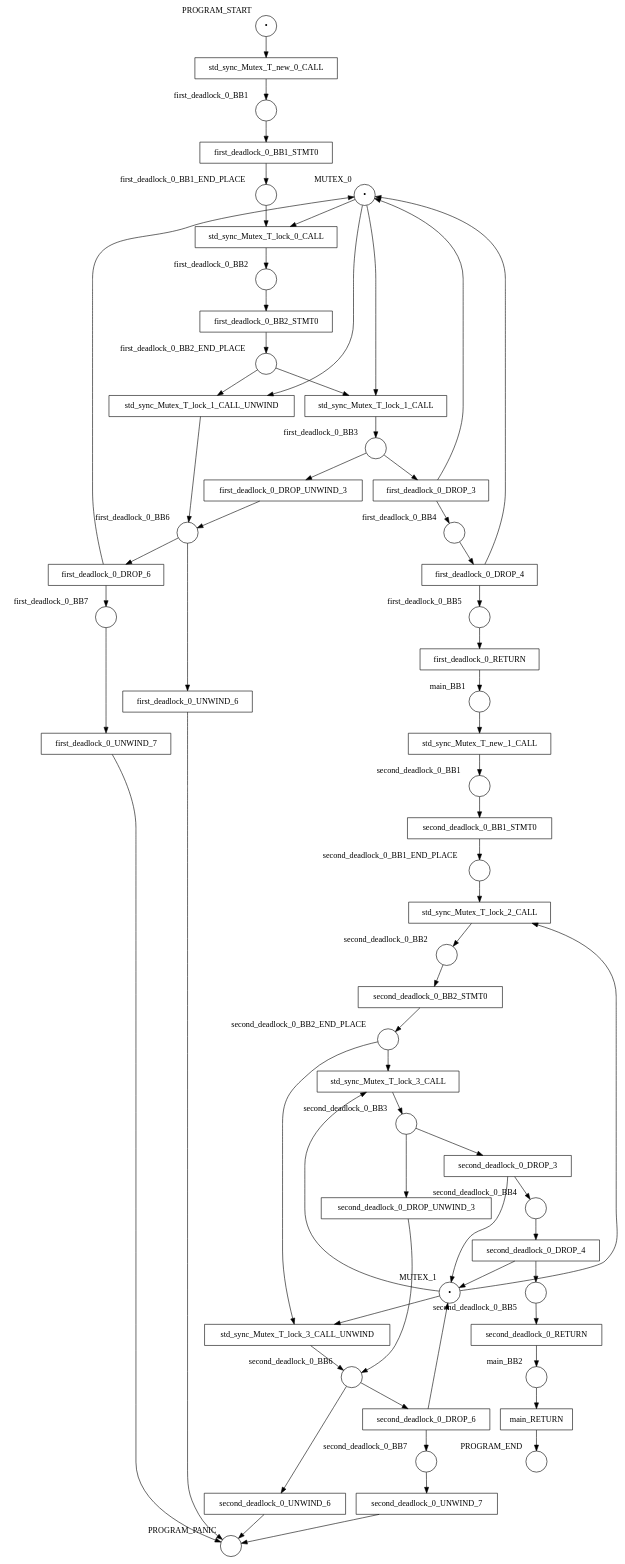
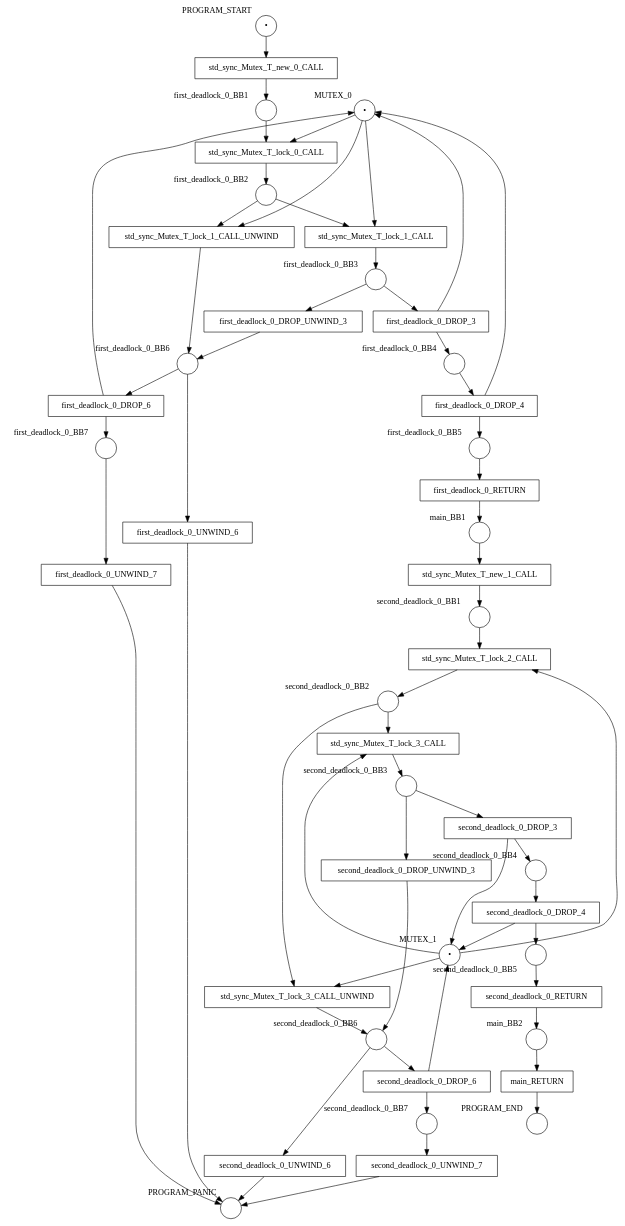
Before and after one commit to hlisdero/cargo-check-deadlock: the diagram in examples/results/mutex/double_lock_deadlock_in_function/net.dot, drawn with Graphviz. The commit also changed 57 other files, not shown here.

First line of the commit message:
Architectural change: Do not model MIR statements anymore.

```diff
--- a/examples/results/mutex/double_lock_deadlock_in_function/net.dot
+++ b/examples/results/mutex/double_lock_deadlock_in_function/net.dot
@@ -1,120 +1,104 @@
 digraph petrinet {
     MUTEX_0 [shape="circle" xlabel="MUTEX_0" label="•"];
     MUTEX_1 [shape="circle" xlabel="MUTEX_1" label="•"];
     PROGRAM_END [shape="circle" xlabel="PROGRAM_END" label=""];
     PROGRAM_PANIC [shape="circle" xlabel="PROGRAM_PANIC" label=""];
     PROGRAM_START [shape="circle" xlabel="PROGRAM_START" label="•"];
     first_deadlock_0_BB1 [shape="circle" xlabel="first_deadlock_0_BB1" label=""];
-    first_deadlock_0_BB1_END_PLACE [shape="circle" xlabel="first_deadlock_0_BB1_END_PLACE" label=""];
     first_deadlock_0_BB2 [shape="circle" xlabel="first_deadlock_0_BB2" label=""];
-    first_deadlock_0_BB2_END_PLACE [shape="circle" xlabel="first_deadlock_0_BB2_END_PLACE" label=""];
     first_deadlock_0_BB3 [shape="circle" xlabel="first_deadlock_0_BB3" label=""];
     first_deadlock_0_BB4 [shape="circle" xlabel="first_deadlock_0_BB4" label=""];
     first_deadlock_0_BB5 [shape="circle" xlabel="first_deadlock_0_BB5" label=""];
     first_deadlock_0_BB6 [shape="circle" xlabel="first_deadlock_0_BB6" label=""];
     first_deadlock_0_BB7 [shape="circle" xlabel="first_deadlock_0_BB7" label=""];
     main_BB1 [shape="circle" xlabel="main_BB1" label=""];
     main_BB2 [shape="circle" xlabel="main_BB2" label=""];
     second_deadlock_0_BB1 [shape="circle" xlabel="second_deadlock_0_BB1" label=""];
-    second_deadlock_0_BB1_END_PLACE [shape="circle" xlabel="second_deadlock_0_BB1_END_PLACE" label=""];
     second_deadlock_0_BB2 [shape="circle" xlabel="second_deadlock_0_BB2" label=""];
-    second_deadlock_0_BB2_END_PLACE [shape="circle" xlabel="second_deadlock_0_BB2_END_PLACE" label=""];
     second_deadlock_0_BB3 [shape="circle" xlabel="second_deadlock_0_BB3" label=""];
     second_deadlock_0_BB4 [shape="circle" xlabel="second_deadlock_0_BB4" label=""];
     second_deadlock_0_BB5 [shape="circle" xlabel="second_deadlock_0_BB5" label=""];
     second_deadlock_0_BB6 [shape="circle" xlabel="second_deadlock_0_BB6" label=""];
     second_deadlock_0_BB7 [shape="circle" xlabel="second_deadlock_0_BB7" label=""];
-    first_deadlock_0_BB1_STMT0 [shape="box" xlabel="" label="first_deadlock_0_BB1_STMT0"];
-    first_deadlock_0_BB2_STMT0 [shape="box" xlabel="" label="first_deadlock_0_BB2_STMT0"];
     first_deadlock_0_DROP_3 [shape="box" xlabel="" label="first_deadlock_0_DROP_3"];
     first_deadlock_0_DROP_4 [shape="box" xlabel="" label="first_deadlock_0_DROP_4"];
     first_deadlock_0_DROP_6 [shape="box" xlabel="" label="first_deadlock_0_DROP_6"];
     first_deadlock_0_DROP_UNWIND_3 [shape="box" xlabel="" label="first_deadlock_0_DROP_UNWIND_3"];
     first_deadlock_0_RETURN [shape="box" xlabel="" label="first_deadlock_0_RETURN"];
     first_deadlock_0_UNWIND_6 [shape="box" xlabel="" label="first_deadlock_0_UNWIND_6"];
     first_deadlock_0_UNWIND_7 [shape="box" xlabel="" label="first_deadlock_0_UNWIND_7"];
     main_RETURN [shape="box" xlabel="" label="main_RETURN"];
-    second_deadlock_0_BB1_STMT0 [shape="box" xlabel="" label="second_deadlock_0_BB1_STMT0"];
-    second_deadlock_0_BB2_STMT0 [shape="box" xlabel="" label="second_deadlock_0_BB2_STMT0"];
     second_deadlock_0_DROP_3 [shape="box" xlabel="" label="second_deadlock_0_DROP_3"];
     second_deadlock_0_DROP_4 [shape="box" xlabel="" label="second_deadlock_0_DROP_4"];
     second_deadlock_0_DROP_6 [shape="box" xlabel="" label="second_deadlock_0_DROP_6"];
     second_deadlock_0_DROP_UNWIND_3 [shape="box" xlabel="" label="second_deadlock_0_DROP_UNWIND_3"];
     second_deadlock_0_RETURN [shape="box" xlabel="" label="second_deadlock_0_RETURN"];
     second_deadlock_0_UNWIND_6 [shape="box" xlabel="" label="second_deadlock_0_UNWIND_6"];
     second_deadlock_0_UNWIND_7 [shape="box" xlabel="" label="second_deadlock_0_UNWIND_7"];
     std_sync_Mutex_T_lock_0_CALL [shape="box" xlabel="" label="std_sync_Mutex_T_lock_0_CALL"];
     std_sync_Mutex_T_lock_1_CALL [shape="box" xlabel="" label="std_sync_Mutex_T_lock_1_CALL"];
     std_sync_Mutex_T_lock_1_CALL_UNWIND [shape="box" xlabel="" label="std_sync_Mutex_T_lock_1_CALL_UNWIND"];
     std_sync_Mutex_T_lock_2_CALL [shape="box" xlabel="" label="std_sync_Mutex_T_lock_2_CALL"];
     std_sync_Mutex_T_lock_3_CALL [shape="box" xlabel="" label="std_sync_Mutex_T_lock_3_CALL"];
     std_sync_Mutex_T_lock_3_CALL_UNWIND [shape="box" xlabel="" label="std_sync_Mutex_T_lock_3_CALL_UNWIND"];
     std_sync_Mutex_T_new_0_CALL [shape="box" xlabel="" label="std_sync_Mutex_T_new_0_CALL"];
     std_sync_Mutex_T_new_1_CALL [shape="box" xlabel="" label="std_sync_Mutex_T_new_1_CALL"];
     MUTEX_0 -> std_sync_Mutex_T_lock_0_CALL;
     MUTEX_0 -> std_sync_Mutex_T_lock_1_CALL;
     MUTEX_0 -> std_sync_Mutex_T_lock_1_CALL_UNWIND;
     MUTEX_1 -> std_sync_Mutex_T_lock_2_CALL;
     MUTEX_1 -> std_sync_Mutex_T_lock_3_CALL;
     MUTEX_1 -> std_sync_Mutex_T_lock_3_CALL_UNWIND;
     PROGRAM_START -> std_sync_Mutex_T_new_0_CALL;
-    first_deadlock_0_BB1 -> first_deadlock_0_BB1_STMT0;
-    first_deadlock_0_BB1_END_PLACE -> std_sync_Mutex_T_lock_0_CALL;
-    first_deadlock_0_BB2 -> first_deadlock_0_BB2_STMT0;
-    first_deadlock_0_BB2_END_PLACE -> std_sync_Mutex_T_lock_1_CALL;
-    first_deadlock_0_BB2_END_PLACE -> std_sync_Mutex_T_lock_1_CALL_UNWIND;
+    first_deadlock_0_BB1 -> std_sync_Mutex_T_lock_0_CALL;
+    first_deadlock_0_BB2 -> std_sync_Mutex_T_lock_1_CALL;
+    first_deadlock_0_BB2 -> std_sync_Mutex_T_lock_1_CALL_UNWIND;
     first_deadlock_0_BB3 -> first_deadlock_0_DROP_3;
     first_deadlock_0_BB3 -> first_deadlock_0_DROP_UNWIND_3;
     first_deadlock_0_BB4 -> first_deadlock_0_DROP_4;
     first_deadlock_0_BB5 -> first_deadlock_0_RETURN;
     first_deadlock_0_BB6 -> first_deadlock_0_DROP_6;
     first_deadlock_0_BB6 -> first_deadlock_0_UNWIND_6;
     first_deadlock_0_BB7 -> first_deadlock_0_UNWIND_7;
     main_BB1 -> std_sync_Mutex_T_new_1_CALL;
     main_BB2 -> main_RETURN;
-    second_deadlock_0_BB1 -> second_deadlock_0_BB1_STMT0;
-    second_deadlock_0_BB1_END_PLACE -> std_sync_Mutex_T_lock_2_CALL;
-    second_deadlock_0_BB2 -> second_deadlock_0_BB2_STMT0;
-    second_deadlock_0_BB2_END_PLACE -> std_sync_Mutex_T_lock_3_CALL;
-    second_deadlock_0_BB2_END_PLACE -> std_sync_Mutex_T_lock_3_CALL_UNWIND;
+    second_deadlock_0_BB1 -> std_sync_Mutex_T_lock_2_CALL;
+    second_deadlock_0_BB2 -> std_sync_Mutex_T_lock_3_CALL;
+    second_deadlock_0_BB2 -> std_sync_Mutex_T_lock_3_CALL_UNWIND;
     second_deadlock_0_BB3 -> second_deadlock_0_DROP_3;
     second_deadlock_0_BB3 -> second_deadlock_0_DROP_UNWIND_3;
     second_deadlock_0_BB4 -> second_deadlock_0_DROP_4;
     second_deadlock_0_BB5 -> second_deadlock_0_RETURN;
     second_deadlock_0_BB6 -> second_deadlock_0_DROP_6;
     second_deadlock_0_BB6 -> second_deadlock_0_UNWIND_6;
     second_deadlock_0_BB7 -> second_deadlock_0_UNWIND_7;
-    first_deadlock_0_BB1_STMT0 -> first_deadlock_0_BB1_END_PLACE;
-    first_deadlock_0_BB2_STMT0 -> first_deadlock_0_BB2_END_PLACE;
     first_deadlock_0_DROP_3 -> MUTEX_0;
     first_deadlock_0_DROP_3 -> first_deadlock_0_BB4;
     first_deadlock_0_DROP_4 -> MUTEX_0;
     first_deadlock_0_DROP_4 -> first_deadlock_0_BB5;
     first_deadlock_0_DROP_6 -> MUTEX_0;
     first_deadlock_0_DROP_6 -> first_deadlock_0_BB7;
     first_deadlock_0_DROP_UNWIND_3 -> first_deadlock_0_BB6;
     first_deadlock_0_RETURN -> main_BB1;
     first_deadlock_0_UNWIND_6 -> PROGRAM_PANIC;
     first_deadlock_0_UNWIND_7 -> PROGRAM_PANIC;
     main_RETURN -> PROGRAM_END;
-    second_deadlock_0_BB1_STMT0 -> second_deadlock_0_BB1_END_PLACE;
-    second_deadlock_0_BB2_STMT0 -> second_deadlock_0_BB2_END_PLACE;
     second_deadlock_0_DROP_3 -> MUTEX_1;
     second_deadlock_0_DROP_3 -> second_deadlock_0_BB4;
     second_deadlock_0_DROP_4 -> MUTEX_1;
     second_deadlock_0_DROP_4 -> second_deadlock_0_BB5;
     second_deadlock_0_DROP_6 -> MUTEX_1;
     second_deadlock_0_DROP_6 -> second_deadlock_0_BB7;
     second_deadlock_0_DROP_UNWIND_3 -> second_deadlock_0_BB6;
     second_deadlock_0_RETURN -> main_BB2;
     second_deadlock_0_UNWIND_6 -> PROGRAM_PANIC;
     second_deadlock_0_UNWIND_7 -> PROGRAM_PANIC;
     std_sync_Mutex_T_lock_0_CALL -> first_deadlock_0_BB2;
     std_sync_Mutex_T_lock_1_CALL -> first_deadlock_0_BB3;
     std_sync_Mutex_T_lock_1_CALL_UNWIND -> first_deadlock_0_BB6;
     std_sync_Mutex_T_lock_2_CALL -> second_deadlock_0_BB2;
     std_sync_Mutex_T_lock_3_CALL -> second_deadlock_0_BB3;
     std_sync_Mutex_T_lock_3_CALL_UNWIND -> second_deadlock_0_BB6;
     std_sync_Mutex_T_new_0_CALL -> first_deadlock_0_BB1;
     std_sync_Mutex_T_new_1_CALL -> second_deadlock_0_BB1;
 }
```
